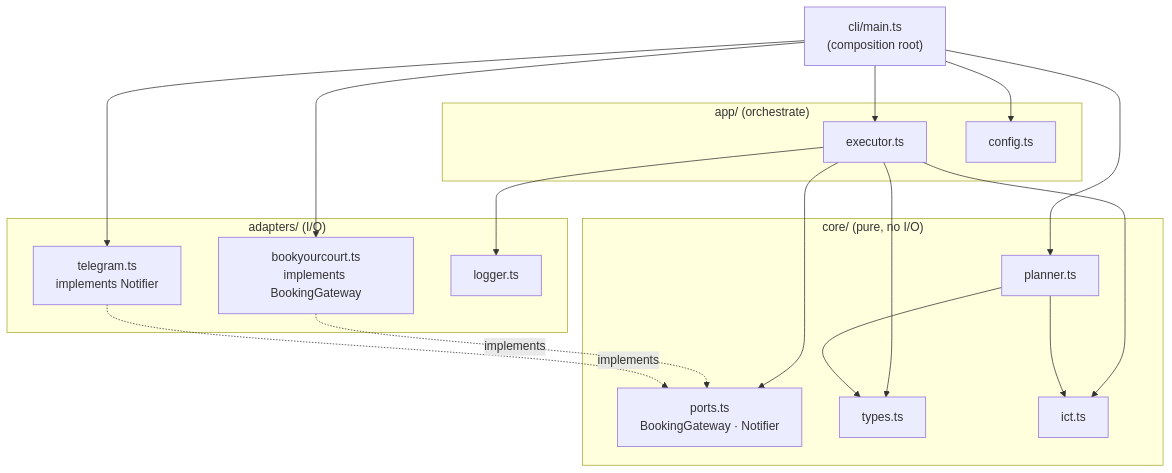
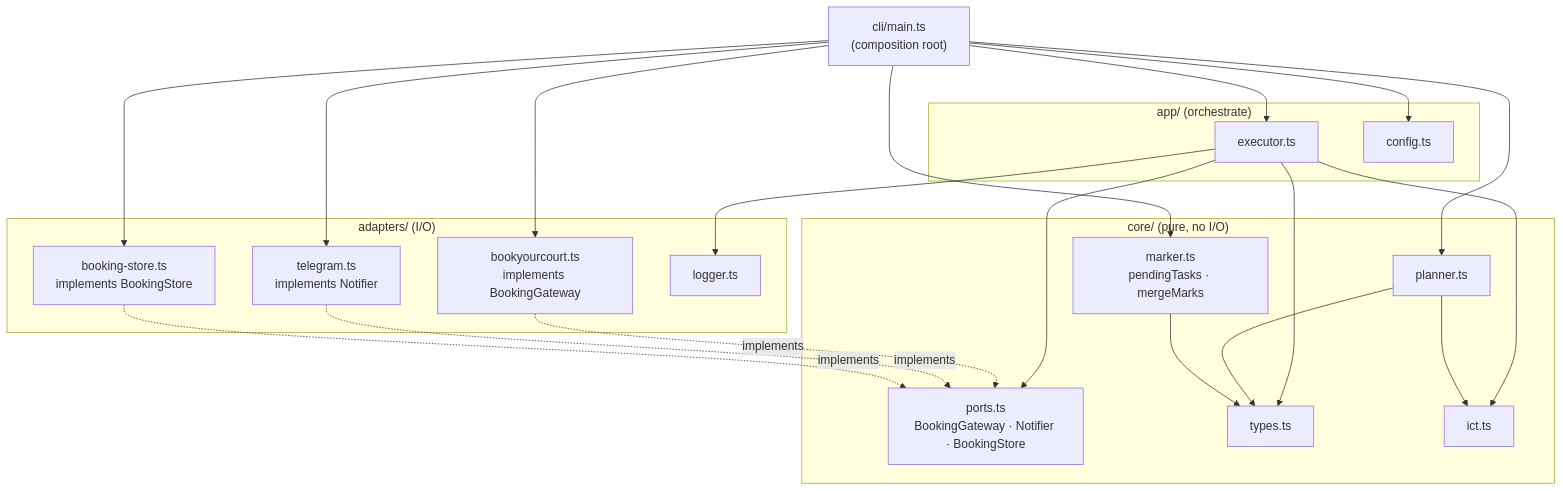
Before and after one commit to onepiecepuracr-satod07/botbookyoucourt: the first of 2 diagrams in README.md, drawn with Mermaid. The commit also changed other lines of this file and 2 other files, not shown here.

````diff
--- a/README.md
+++ b/README.md
@@ -58,26 +53,30 @@
 ```mermaid
 flowchart TD
   CLI["cli/main.ts<br/>(composition root)"]
   subgraph app["app/ (orchestrate)"]
     EX[executor.ts]
     CFG[config.ts]
   end
   subgraph core["core/ (pure, no I/O)"]
     PL[planner.ts]
-    PORTS["ports.ts<br/>BookingGateway · Notifier"]
+    MK["marker.ts<br/>pendingTasks · mergeMarks"]
+    PORTS["ports.ts<br/>BookingGateway · Notifier · BookingStore"]
     TY[types.ts]
     ICT[ict.ts]
   end
   subgraph adapters["adapters/ (I/O)"]
     BYC["bookyourcourt.ts<br/>implements BookingGateway"]
     TG["telegram.ts<br/>implements Notifier"]
+    BS["booking-store.ts<br/>implements BookingStore"]
     LOG[logger.ts]
   end
 
-  CLI --> EX & CFG & PL & BYC & TG
+  CLI --> EX & CFG & PL & MK & BYC & TG & BS
   EX --> PORTS & TY & ICT
   PL --> TY & ICT
+  MK --> TY
   BYC -.implements.-> PORTS
   TG -.implements.-> PORTS
+  BS -.implements.-> PORTS
   EX --> LOG
 ```
````
